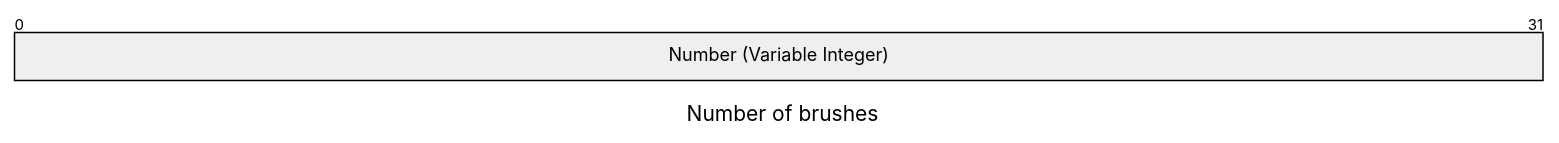
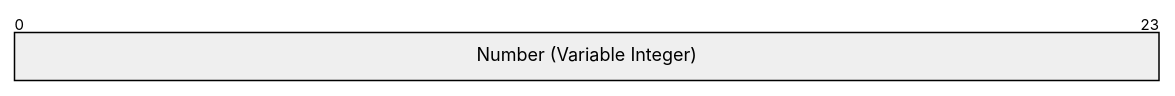
Before and after one commit to AquaBx/msink-reader: the second of 9 diagrams in README.md, drawn with Mermaid. The commit also changed other lines of this file, not shown here.

````diff
--- a/README.md
+++ b/README.md
@@ -8,7 +13,5 @@
 ```mermaid
----
-title: "Number of brushes"
----
+%%{init: { "packet": { "bitsPerRow": 24 } }}%%
 packet
-0-31: "Number (Variable Integer)"
++24: "Number (Variable Integer)"
 ```
````
